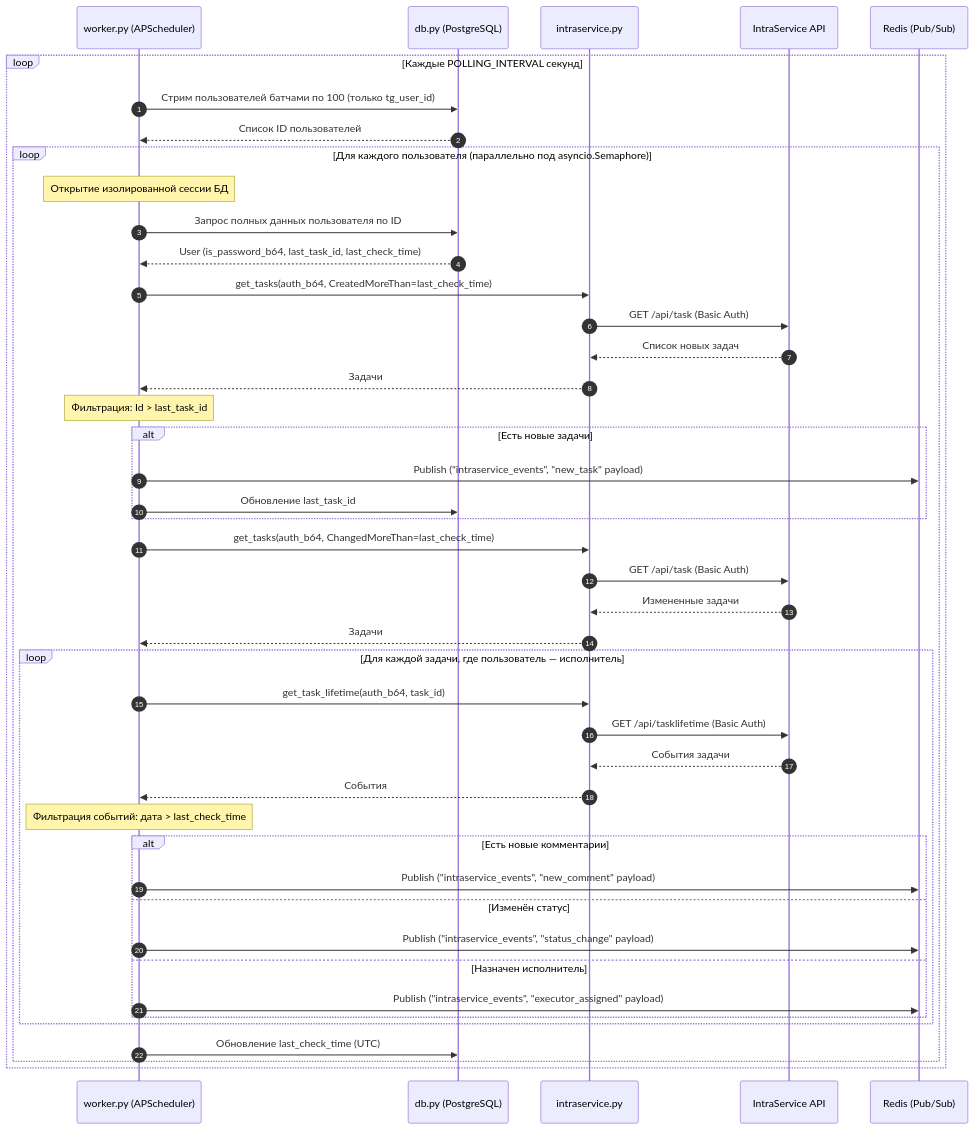
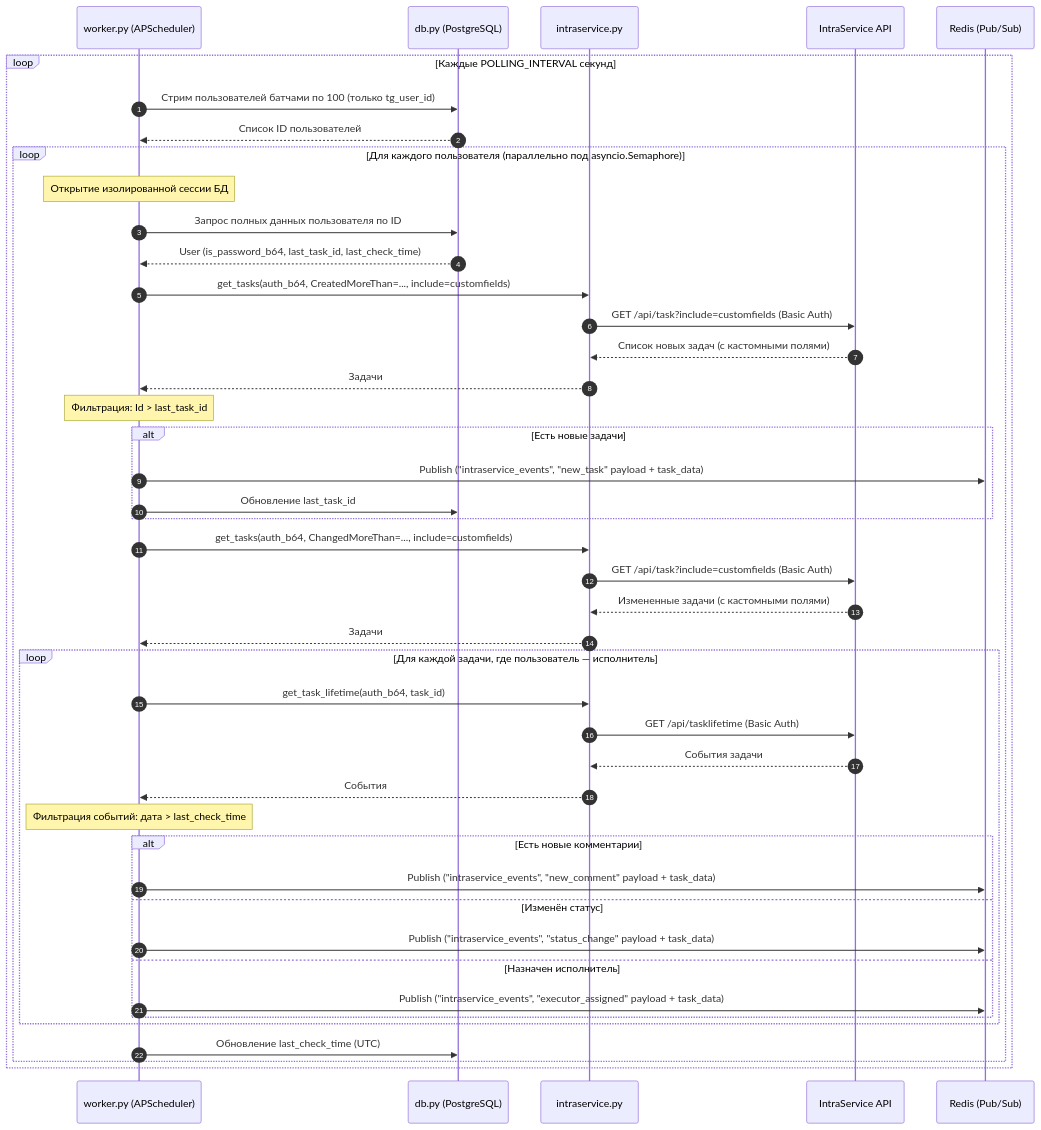
Before and after one commit to Unlesssebl/IntraLink: the third of 5 diagrams in docs/architecture.md, drawn with Mermaid. The commit also changed 7 other files, not shown here.

Commit message:
perf: optimize task polling and eager load customfields to reduce network requests

````diff
--- a/docs/architecture.md
+++ b/docs/architecture.md
@@ -214,52 +214,52 @@
 ```mermaid
 sequenceDiagram
     autonumber
     participant Work as worker.py (APScheduler)
     participant CoreDB as db.py (PostgreSQL)
     participant CoreIS as intraservice.py
     participant IS as IntraService API
     participant Redis as Redis (Pub/Sub)
 
     loop Каждые POLLING_INTERVAL секунд
         Work->>CoreDB: Стрим пользователей батчами по 100 (только tg_user_id)
         CoreDB-->>Work: Список ID пользователей
         
         loop Для каждого пользователя (параллельно под asyncio.Semaphore)
             Note over Work: Открытие изолированной сессии БД
             Work->>CoreDB: Запрос полных данных пользователя по ID
             CoreDB-->>Work: User (is_password_b64, last_task_id, last_check_time)
             
-            Work->>CoreIS: get_tasks(auth_b64, CreatedMoreThan=last_check_time)
-            CoreIS->>IS: GET /api/task (Basic Auth)
-            IS-->>CoreIS: Список новых задач
+            Work->>CoreIS: get_tasks(auth_b64, CreatedMoreThan=..., include=customfields)
+            CoreIS->>IS: GET /api/task?include=customfields (Basic Auth)
+            IS-->>CoreIS: Список новых задач (с кастомными полями)
             CoreIS-->>Work: Задачи
             Note over Work: Фильтрация: Id > last_task_id
             alt Есть новые задачи
-                Work->>Redis: Publish ("intraservice_events", "new_task" payload)
+                Work->>Redis: Publish ("intraservice_events", "new_task" payload + task_data)
                 Work->>CoreDB: Обновление last_task_id
             end
 
-            Work->>CoreIS: get_tasks(auth_b64, ChangedMoreThan=last_check_time)
-            CoreIS->>IS: GET /api/task (Basic Auth)
-            IS-->>CoreIS: Измененные задачи
+            Work->>CoreIS: get_tasks(auth_b64, ChangedMoreThan=..., include=customfields)
+            CoreIS->>IS: GET /api/task?include=customfields (Basic Auth)
+            IS-->>CoreIS: Измененные задачи (с кастомными полями)
             CoreIS-->>Work: Задачи
             
             loop Для каждой задачи, где пользователь — исполнитель
                 Work->>CoreIS: get_task_lifetime(auth_b64, task_id)
                 CoreIS->>IS: GET /api/tasklifetime (Basic Auth)
                 IS-->>CoreIS: События задачи
                 CoreIS-->>Work: События
                 Note over Work: Фильтрация событий: дата > last_check_time
                 alt Есть новые комментарии
-                    Work->>Redis: Publish ("intraservice_events", "new_comment" payload)
+                    Work->>Redis: Publish ("intraservice_events", "new_comment" payload + task_data)
                 else Изменён статус
-                    Work->>Redis: Publish ("intraservice_events", "status_change" payload)
+                    Work->>Redis: Publish ("intraservice_events", "status_change" payload + task_data)
                 else Назначен исполнитель
-                    Work->>Redis: Publish ("intraservice_events", "executor_assigned" payload)
+                    Work->>Redis: Publish ("intraservice_events", "executor_assigned" payload + task_data)
                 end
             end
 
             Work->>CoreDB: Обновление last_check_time (UTC)
         end
     end
 ```
````
